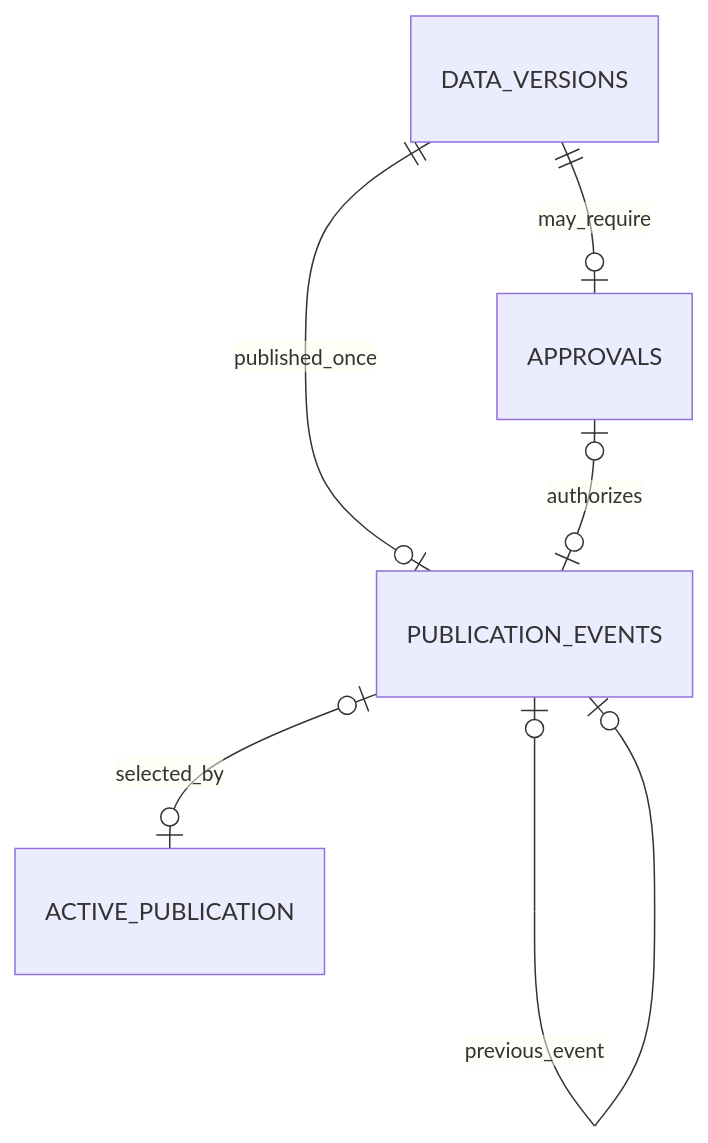
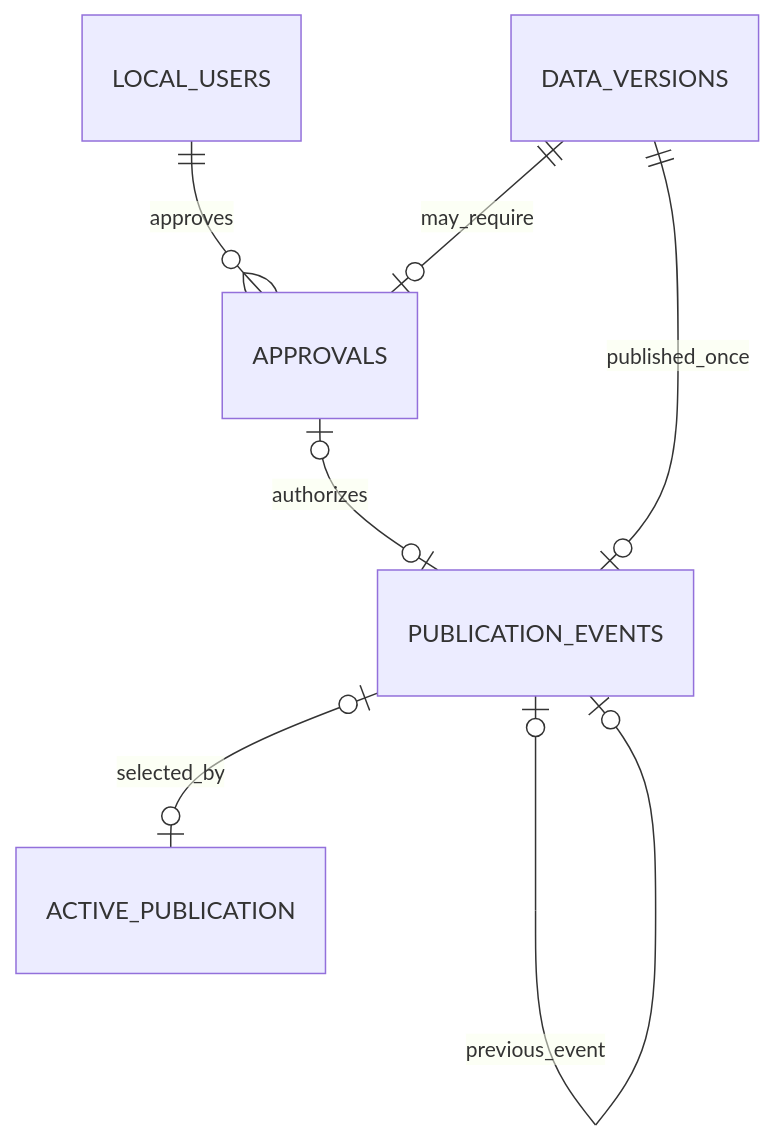
The third of 3 diagrams in docs/schema.md (alejandroayalad/trinity), drawn with Mermaid before and after one commit. The commit also changed other lines of this file and 11 other files, not shown here.

````diff
--- a/docs/schema.md
+++ b/docs/schema.md
@@ -193,9 +199,10 @@
 ```mermaid
 erDiagram
     direction TB
+    LOCAL_USERS ||--o{ APPROVALS : approves
     DATA_VERSIONS ||--o| APPROVALS : may_require
     DATA_VERSIONS ||--o| PUBLICATION_EVENTS : published_once
     APPROVALS |o--o| PUBLICATION_EVENTS : authorizes
     PUBLICATION_EVENTS |o--o| ACTIVE_PUBLICATION : selected_by
     PUBLICATION_EVENTS |o--o| PUBLICATION_EVENTS : previous_event
 ```
````
